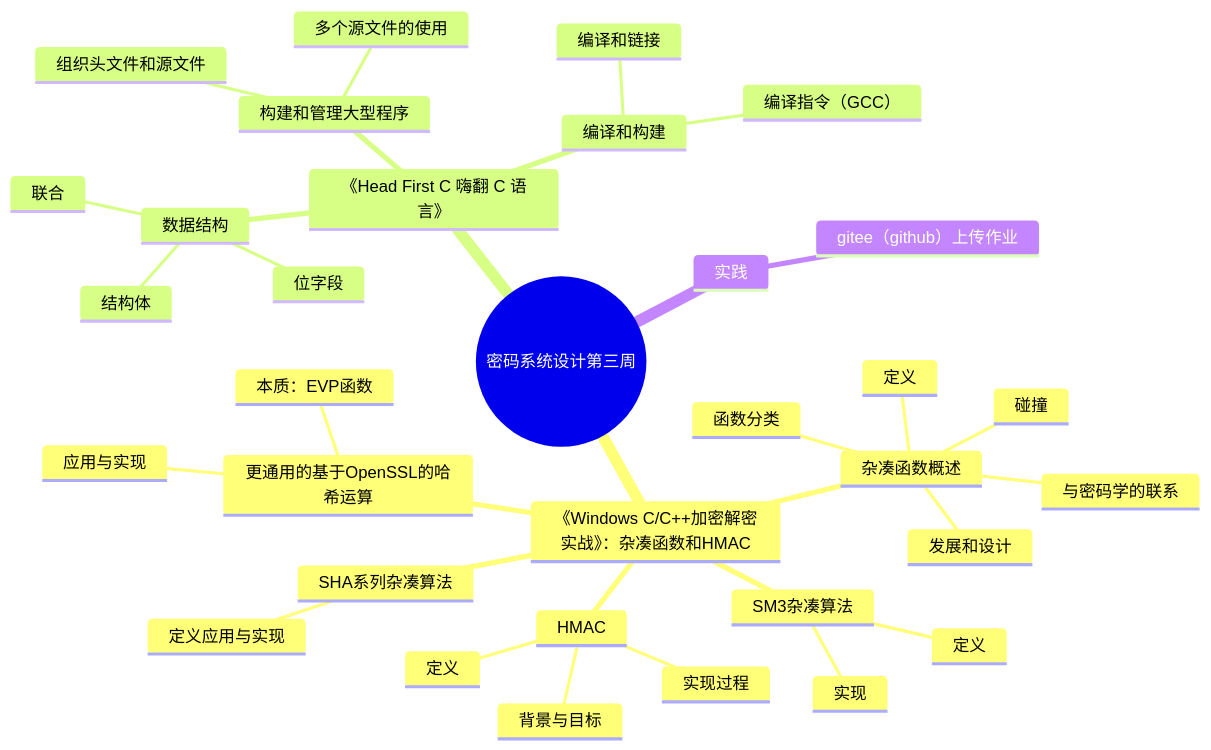
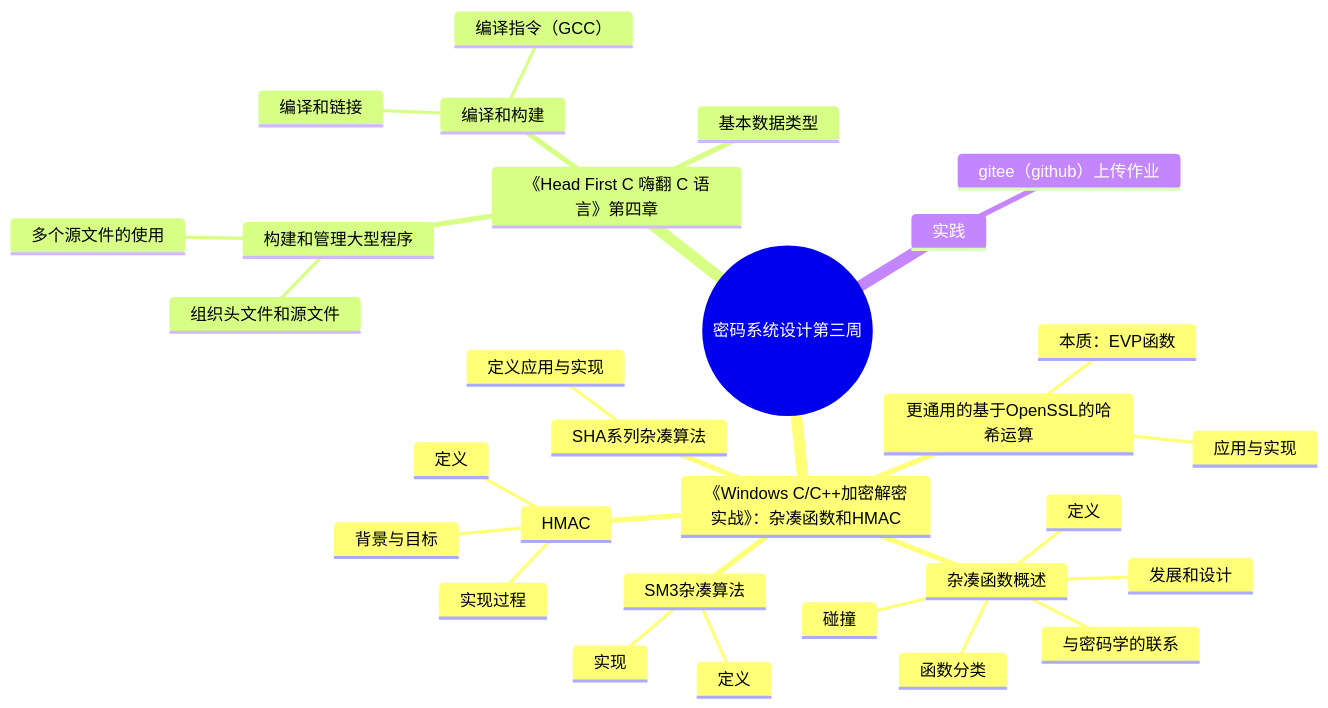
The diagram in 预习作业/第三周预习作业/20221414徐鹿鸣《密码系统设计》.md (youer0219/Information-Security-System-Design-Assignment), drawn with Mermaid before and after one commit. The commit also changed other lines of this file and 2 other files, not shown here.

````diff
--- a/预习作业/第三周预习作业/20221414徐鹿鸣《密码系统设计》.md
+++ b/预习作业/第三周预习作业/20221414徐鹿鸣《密码系统设计》.md
@@ -130,36 +176,33 @@
 ```mermaid
 mindmap
   root((密码系统设计第三周))
     《Windows C/C++加密解密实战》：杂凑函数和HMAC
         杂凑函数概述
             定义
             与密码学的联系
             发展和设计
             函数分类
             碰撞
         SM3杂凑算法
             定义
             实现
         HMAC
             定义
             背景与目标
             实现过程
         SHA系列杂凑算法
             定义应用与实现
         更通用的基于OpenSSL的哈希运算
             本质：EVP函数
             应用与实现
-    《Head First C 嗨翻 C 语言》
-        数据结构
-          结构体
-          联合
-          位字段
+    《Head First C 嗨翻 C 语言》第四章
+        基本数据类型
         构建和管理大型程序
           多个源文件的使用
           组织头文件和源文件
         编译和构建
           编译和链接
           编译指令（GCC）
     实践
         gitee（github）上传作业
 ```
````
